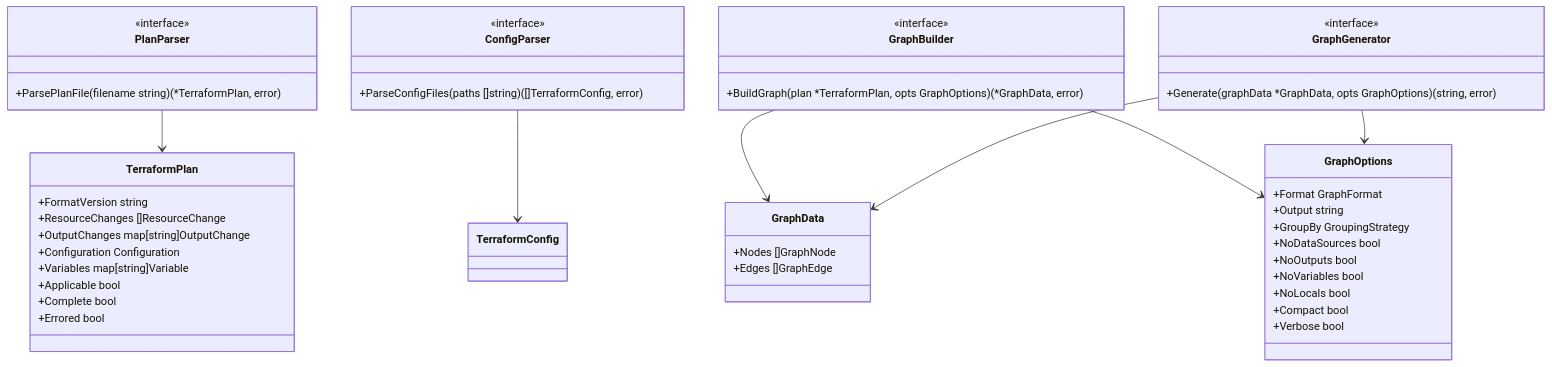
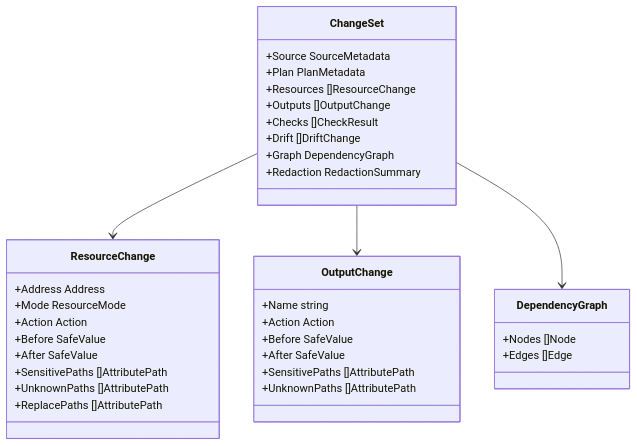
One commit to yu-iskw/terraform-ops changed the third of 6 diagrams in internal/README.md. Above: the diagram before and after it, drawn with Mermaid. The commit also changed other lines of this file and 23 other files, not shown here.

Commit message:
refactor: migrate summarize-plan and plan-graph to ChangeSet (#25)

````diff
--- a/internal/README.md
+++ b/internal/README.md
@@ -100,57 +74,42 @@
 ```mermaid
 classDiagram
-    class PlanParser {
-        <<interface>>
-        +ParsePlanFile(filename string) (*TerraformPlan, error)
+    class ChangeSet {
+        +Source SourceMetadata
+        +Plan PlanMetadata
+        +Resources []ResourceChange
+        +Outputs []OutputChange
+        +Checks []CheckResult
+        +Drift []DriftChange
+        +Graph DependencyGraph
+        +Redaction RedactionSummary
     }
 
-    class ConfigParser {
-        <<interface>>
-        +ParseConfigFiles(paths []string) ([]TerraformConfig, error)
+    class ResourceChange {
+        +Address Address
+        +Mode ResourceMode
+        +Action Action
+        +Before SafeValue
+        +After SafeValue
+        +SensitivePaths []AttributePath
+        +UnknownPaths []AttributePath
+        +ReplacePaths []AttributePath
     }
 
-    class GraphBuilder {
-        <<interface>>
-        +BuildGraph(plan *TerraformPlan, opts GraphOptions) (*GraphData, error)
+    class OutputChange {
+        +Name string
+        +Action Action
+        +Before SafeValue
+        +After SafeValue
+        +SensitivePaths []AttributePath
+        +UnknownPaths []AttributePath
     }
 
-    class GraphGenerator {
-        <<interface>>
-        +Generate(graphData *GraphData, opts GraphOptions) (string, error)
+    class DependencyGraph {
+        +Nodes []Node
+        +Edges []Edge
     }
 
-    class TerraformPlan {
-        +FormatVersion string
-        +ResourceChanges []ResourceChange
-        +OutputChanges map[string]OutputChange
-        +Configuration Configuration
-        +Variables map[string]Variable
-        +Applicable bool
-        +Complete bool
-        +Errored bool
-    }
-
-    class GraphData {
-        +Nodes []GraphNode
-        +Edges []GraphEdge
-    }
-
-    class GraphOptions {
-        +Format GraphFormat
-        +Output string
-        +GroupBy GroupingStrategy
-        +NoDataSources bool
-        +NoOutputs bool
-        +NoVariables bool
-        +NoLocals bool
-        +Compact bool
-        +Verbose bool
-    }
-
-    PlanParser --> TerraformPlan
-    ConfigParser --> TerraformConfig
-    GraphBuilder --> GraphData
-    GraphGenerator --> GraphData
-    GraphBuilder --> GraphOptions
-    GraphGenerator --> GraphOptions
+    ChangeSet --> ResourceChange
+    ChangeSet --> OutputChange
+    ChangeSet --> DependencyGraph
 ```
````
